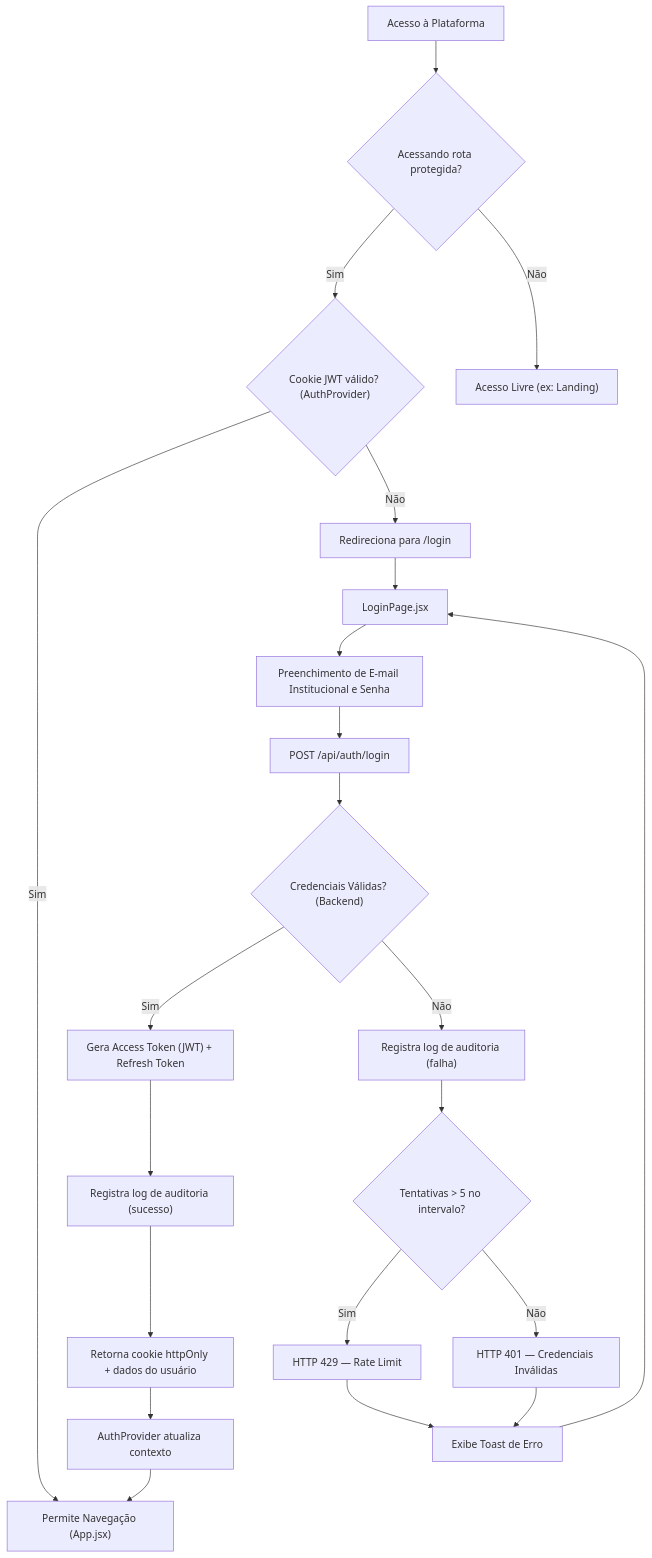
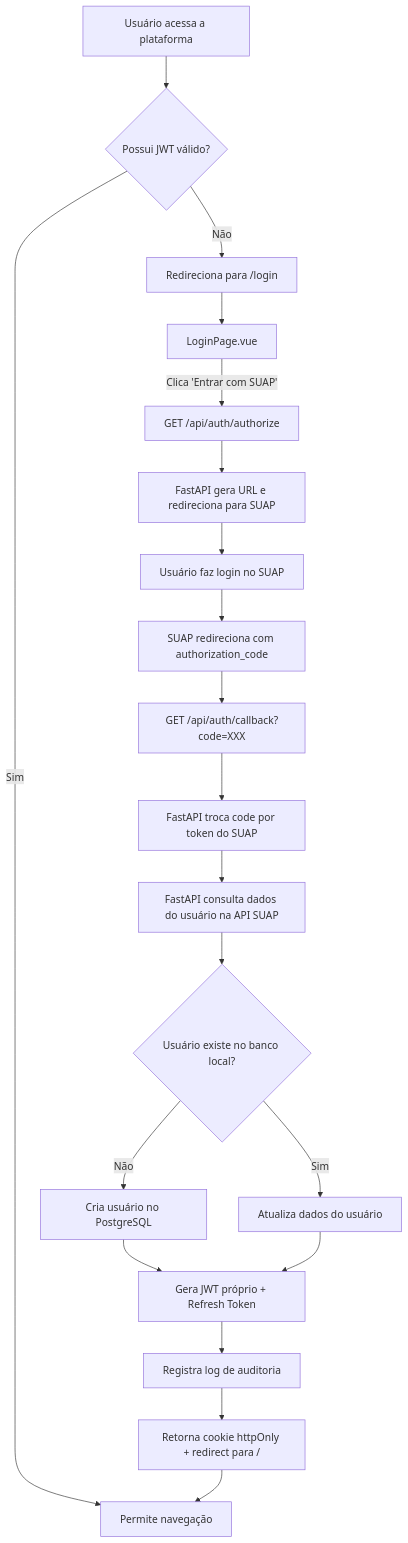
The diagram in Mini-spec_Login.md (soneylegal/Projeto-4-Bimestre), drawn with Mermaid before and after one commit. The commit also changed other lines of this file and 3 other files, not shown here.

````diff
--- a/Mini-spec_Login.md
+++ b/Mini-spec_Login.md
@@ -66,28 +59,24 @@
 ```mermaid
 graph TD
-    A["Acesso à Plataforma"] --> B{"Acessando rota protegida?"}
-    B -- Sim --> C{"Cookie JWT válido? (AuthProvider)"}
-    B -- Não --> D["Acesso Livre (ex: Landing)"]
+    A["Usuário acessa a plataforma"] --> B{"Possui JWT válido?"}
+    B -- Sim --> C["Permite navegação"]
+    B -- Não --> D["Redireciona para /login"]
 
-    C -- Sim --> E["Permite Navegação (App.jsx)"]
-    C -- Não --> F["Redireciona para /login"]
+    D --> E["LoginPage.vue"]
+    E -->|"Clica 'Entrar com SUAP'"| F["GET /api/auth/authorize"]
+    F --> G["FastAPI gera URL e redireciona para SUAP"]
+    G --> H["Usuário faz login no SUAP"]
+    H --> I["SUAP redireciona com authorization_code"]
+    I --> J["GET /api/auth/callback?code=XXX"]
 
-    F --> G["LoginPage.jsx"]
-    G --> H["Preenchimento de E-mail Institucional e Senha"]
-    H --> I["POST /api/auth/login"]
-
-    I --> J{"Credenciais Válidas? (Backend)"}
-    J -- Sim --> K["Gera Access Token (JWT) + Refresh Token"]
-    K --> K2["Registra log de auditoria (sucesso)"]
-    K2 --> L["Retorna cookie httpOnly + dados do usuário"]
-    L --> M["AuthProvider atualiza contexto"]
-    M --> E
-
-    J -- Não --> N["Registra log de auditoria (falha)"]
-    N --> O{"Tentativas > 5 no intervalo?"}
-    O -- Sim --> P["HTTP 429 — Rate Limit"]
-    O -- Não --> Q["HTTP 401 — Credenciais Inválidas"]
-    P --> R["Exibe Toast de Erro"]
-    Q --> R
-    R --> G
+    J --> K["FastAPI troca code por token do SUAP"]
+    K --> L["FastAPI consulta dados do usuário na API SUAP"]
+    L --> M{"Usuário existe no banco local?"}
+    M -- Não --> N["Cria usuário no PostgreSQL"]
+    M -- Sim --> O["Atualiza dados do usuário"]
+    N --> P["Gera JWT próprio + Refresh Token"]
+    O --> P
+    P --> Q["Registra log de auditoria"]
+    Q --> R["Retorna cookie httpOnly + redirect para /"]
+    R --> C
 ```
````
